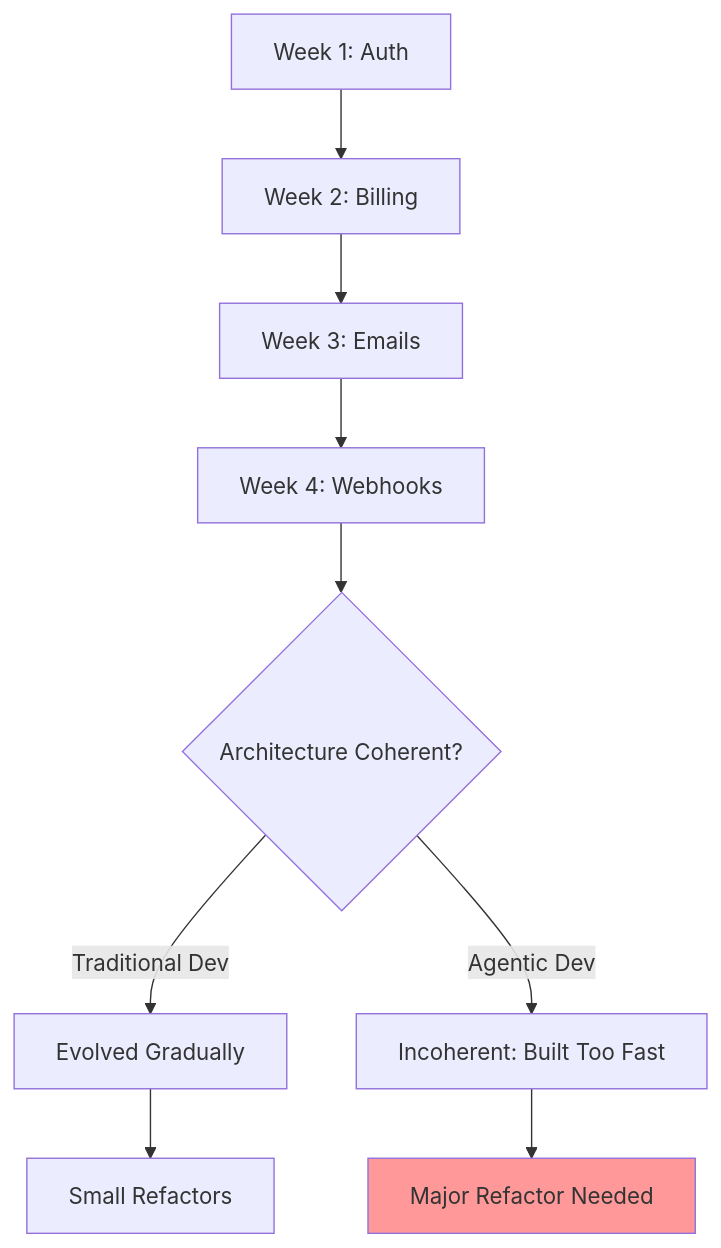
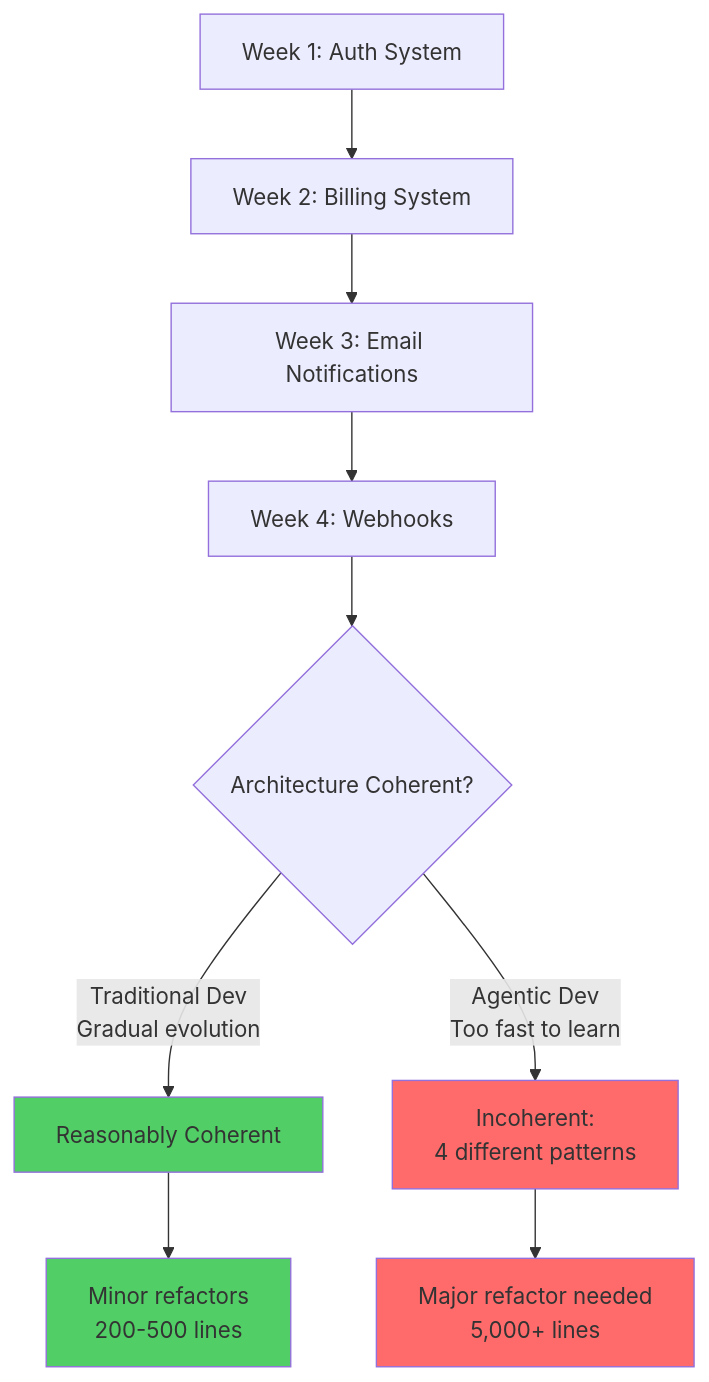
Before and after one commit to testaco/agentic-coding-book: the first of 2 diagrams in book/part1-foundations/05-new-bottlenecks/05-bottleneck-3-architecture-and-design-clarity.md, drawn with Mermaid. The commit also changed other lines of this file and 3 other files, not shown here.

````diff
--- a/book/part1-foundations/05-new-bottlenecks/05-bottleneck-3-architecture-and-design-clarity.md
+++ b/book/part1-foundations/05-new-bottlenecks/05-bottleneck-3-architecture-and-design-clarity.md
@@ -90,15 +62,18 @@
 ```mermaid
 graph TD
-    A[Week 1: Auth] --> B[Week 2: Billing]
-    B --> C[Week 3: Emails]
+    A[Week 1: Auth System] --> B[Week 2: Billing System]
+    B --> C[Week 3: Email Notifications]
     C --> D[Week 4: Webhooks]
     D --> E{Architecture Coherent?}
 
-    E -->|Traditional Dev| F[Evolved Gradually]
-    E -->|Agentic Dev| G[Incoherent: Built Too Fast]
+    E -->|Traditional Dev<br/>Gradual evolution| F[Reasonably Coherent]
+    E -->|Agentic Dev<br/>Too fast to learn| G[Incoherent:<br/>4 different patterns]
 
-    F --> H[Small Refactors]
-    G --> I[Major Refactor Needed]
+    F --> H[Minor refactors<br/>200-500 lines]
+    G --> I[Major refactor needed<br/>5,000+ lines]
 
-    style I fill:#ff9999
+    style G fill:#ff6b6b
+    style I fill:#ff6b6b
+    style F fill:#51cf66
+    style H fill:#51cf66
 ```
````
